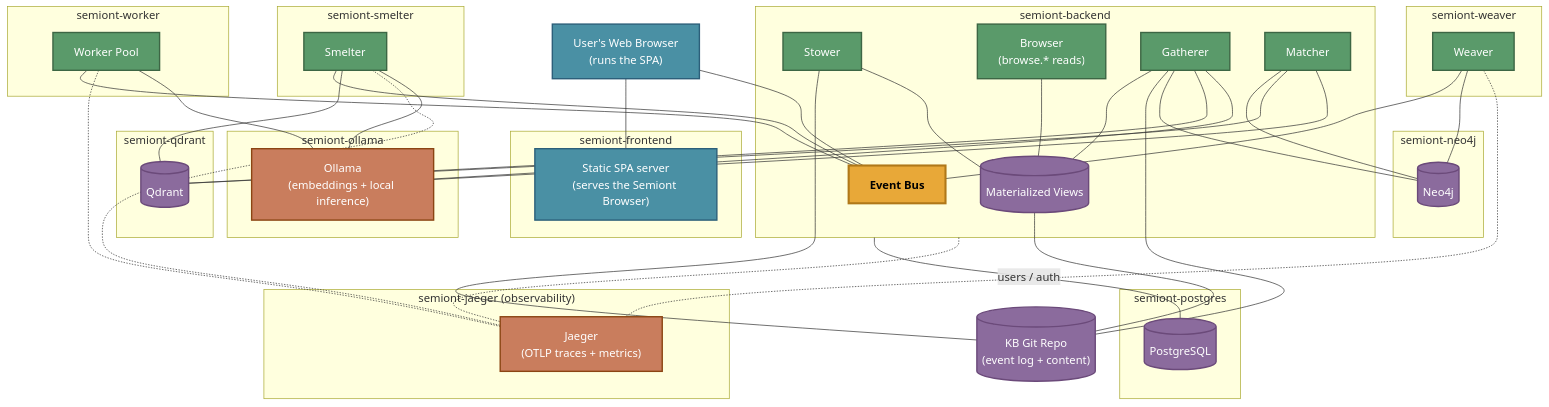
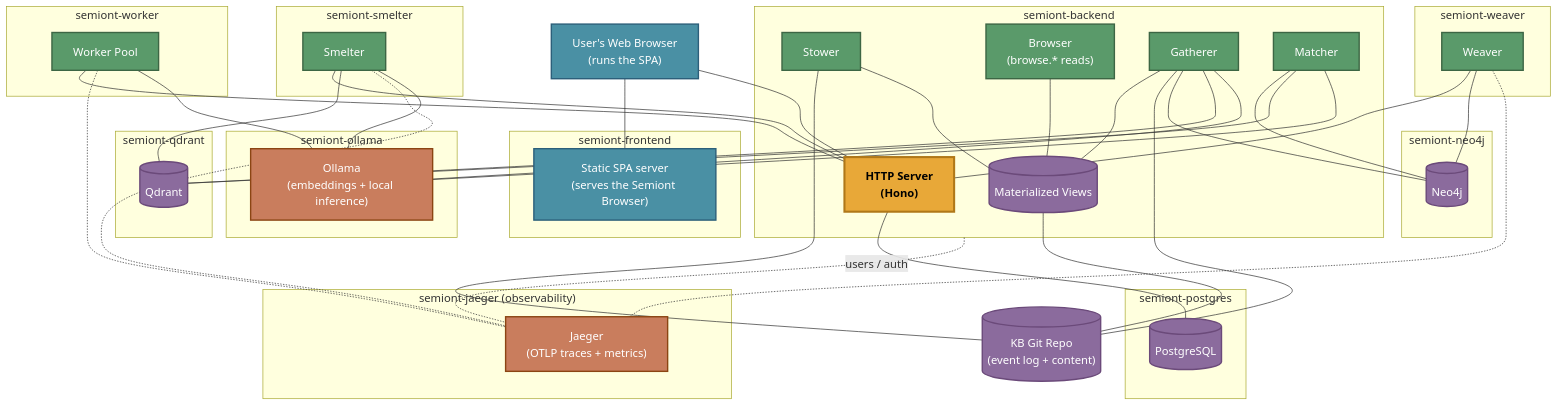
One commit to The-AI-Alliance/semiont changed the diagram in docs/system/CONTAINER-TOPOLOGY.md. Above: the diagram before and after it, drawn with Mermaid. The commit also changed other lines of this file, not shown here.

Commit message:
correct diagram

```diff
--- a/docs/system/CONTAINER-TOPOLOGY.md
+++ b/docs/system/CONTAINER-TOPOLOGY.md
@@ -21,7 +21,7 @@
     end
 
     subgraph backend_c ["semiont-backend"]
-        BUS["Event Bus"]
+        HTTPD["HTTP Server<br/>(Hono)"]
         STOWER["Stower"]
         BROWSER["Browser<br/>(browse.* reads)"]
         GATHERER["Gatherer"]
@@ -64,10 +64,10 @@
     end
 
     UB --- SPA
-    UB --- BUS
-    WORKERS --- BUS
-    SMELTER --- BUS
-    WEAVER --- BUS
+    UB --- HTTPD
+    WORKERS --- HTTPD
+    SMELTER --- HTTPD
+    WEAVER --- HTTPD
 
     STOWER --- GIT
     STOWER --- VIEWS
@@ -77,7 +77,7 @@
     GATHERER --- GIT
     WEAVER --- NEO
     SMELTER --- QD
-    backend_c ---|"users / auth"| PG
+    HTTPD ---|"users / auth"| PG
     backend_c -.- JAG
     WORKERS -.- JAG
     SMELTER -.- JAG
@@ -91,13 +91,13 @@
     MATCHER --- QD
     MATCHER --- OL
 
-    classDef bus fill:#e8a838,stroke:#b07818,stroke-width:3px,color:#000,font-weight:bold
+    classDef http fill:#e8a838,stroke:#b07818,stroke-width:3px,color:#000,font-weight:bold
     classDef actor fill:#5a9a6a,stroke:#3d6644,stroke-width:2px,color:#fff
     classDef store fill:#8b6b9d,stroke:#6b4a7a,stroke-width:2px,color:#fff
     classDef spa fill:#4a90a4,stroke:#2c5f7a,stroke-width:2px,color:#fff
     classDef service fill:#c97d5d,stroke:#8b4513,stroke-width:2px,color:#fff
 
-    class BUS bus
+    class HTTPD http
     class STOWER,BROWSER,GATHERER,MATCHER,WEAVER,WORKERS,SMELTER actor
     class GIT,VIEWS,PG,NEO,QD store
     class SPA,UB spa
```
